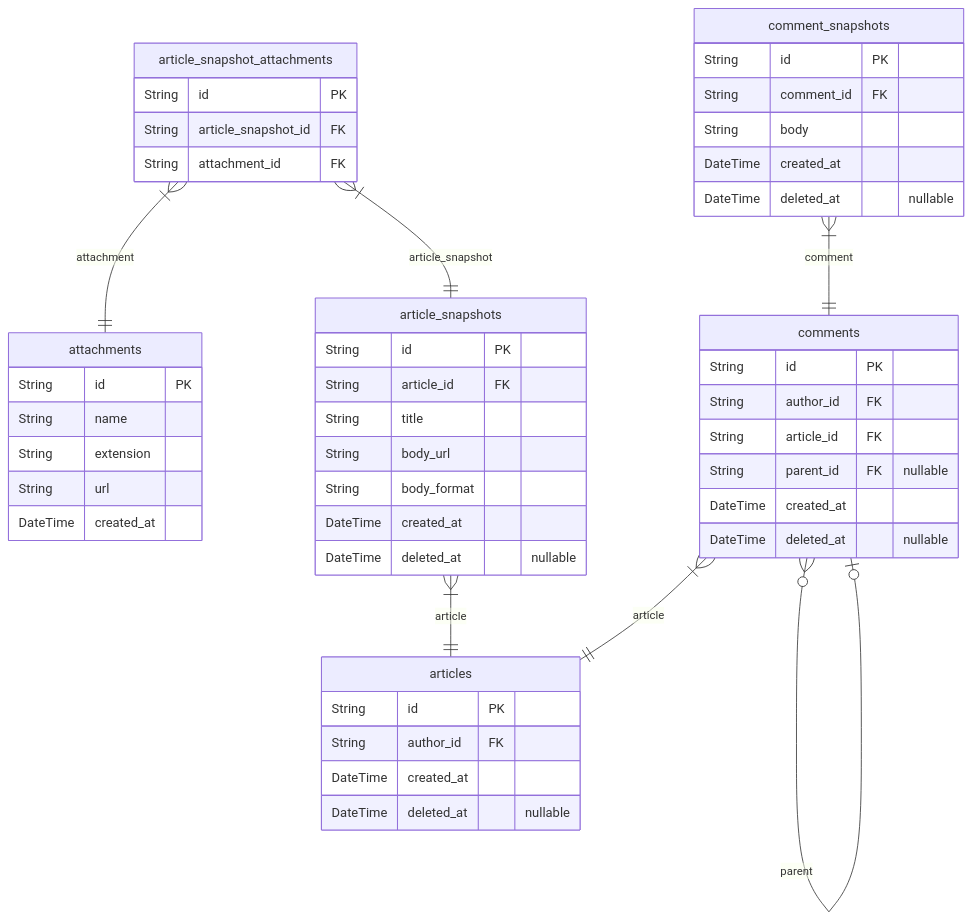
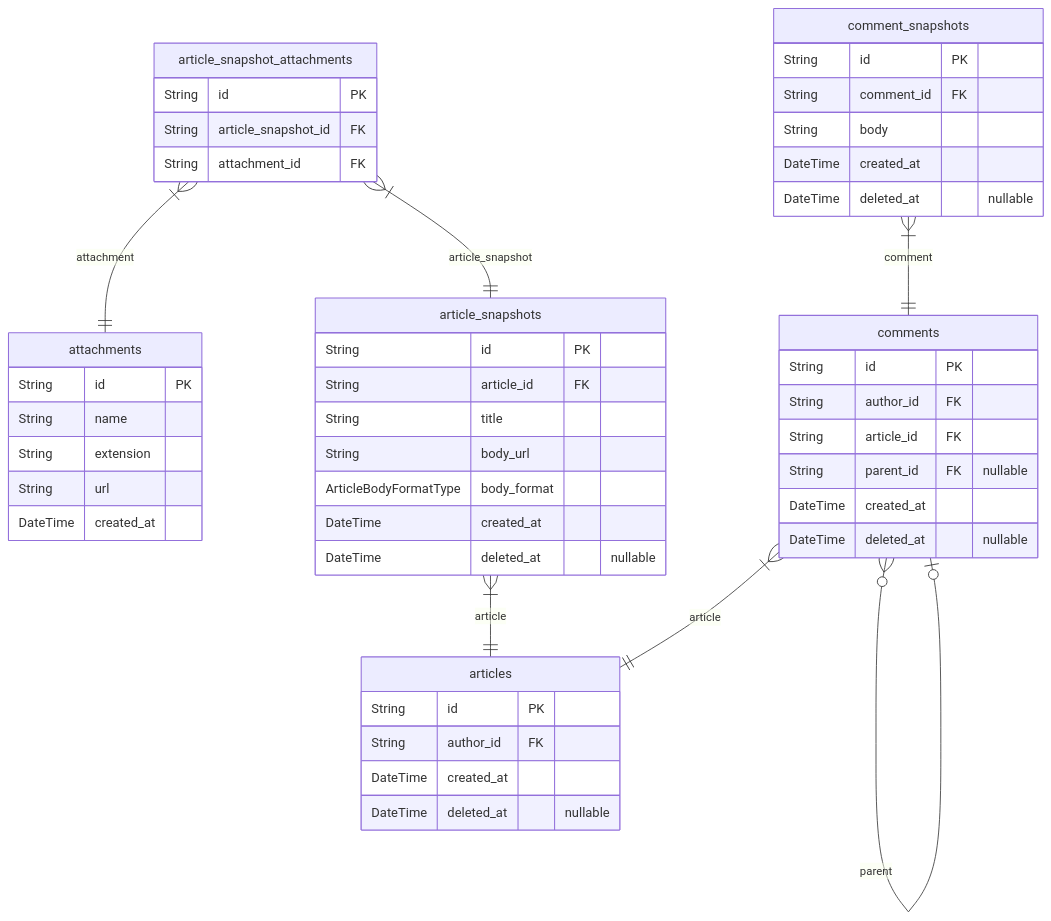
The first of 2 diagrams in ERD.md (rojiwon123/bbs), drawn with Mermaid before and after one commit. The commit also changed other lines of this file and 3 other files, not shown here.

Commit message:
🗃️ body format 추가 enum 적용

````diff
--- a/ERD.md
+++ b/ERD.md
@@ -10,51 +10,51 @@
 ```mermaid
 erDiagram
 attachments {
     String id PK
     String name
     String extension
     String url
     DateTime created_at
 }
 articles {
     String id PK
     String author_id FK
     DateTime created_at
     DateTime deleted_at "nullable"
 }
 article_snapshots {
     String id PK
     String article_id FK
     String title
     String body_url
-    String body_format
+    ArticleBodyFormatType body_format
     DateTime created_at
     DateTime deleted_at "nullable"
 }
 article_snapshot_attachments {
     String id PK
     String article_snapshot_id FK
     String attachment_id FK
 }
 comments {
     String id PK
     String author_id FK
     String article_id FK
     String parent_id FK "nullable"
     DateTime created_at
     DateTime deleted_at "nullable"
 }
 comment_snapshots {
     String id PK
     String comment_id FK
     String body
     DateTime created_at
     DateTime deleted_at "nullable"
 }
 article_snapshots }|--|| articles : article
 article_snapshot_attachments }|--|| article_snapshots : article_snapshot
 article_snapshot_attachments }|--|| attachments : attachment
 comments }|--|| articles : article
 comments }o--o| comments : parent
 comment_snapshots }|--|| comments : comment
 ```
````
